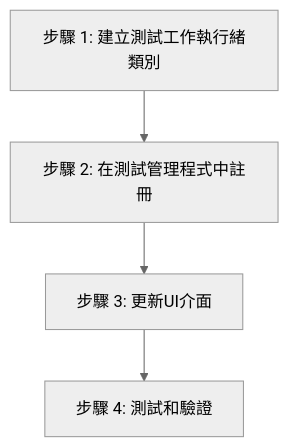
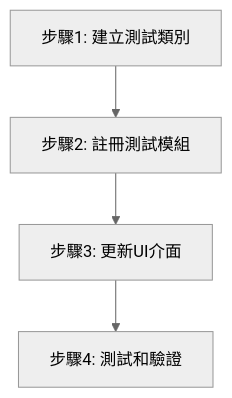
One commit to MingYuan-Chen/orion_v2 changed the ninth of 9 diagrams in orion_developer_document.md. Above: the diagram before and after it, drawn with Mermaid (neutral theme). The commit also changed other lines of this file, not shown here.

Commit message:
update developer document - flow chart display

````diff
--- a/orion_developer_document.md
+++ b/orion_developer_document.md
@@ -374,6 +371,11 @@
 ```mermaid
 graph TD
-    A[步驟 1: 建立測試工作執行緒類別] --> B[步驟 2: 在測試管理程式中註冊]
-    B --> C[步驟 3: 更新UI介面]
-    C --> D[步驟 4: 測試和驗證]
+    A[步驟1: 建立測試類別]
+    B[步驟2: 註冊測試模組]
+    C[步驟3: 更新UI介面]
+    D[步驟4: 測試和驗證]
+    
+    A --> B
+    B --> C
+    C --> D
 ```
````
